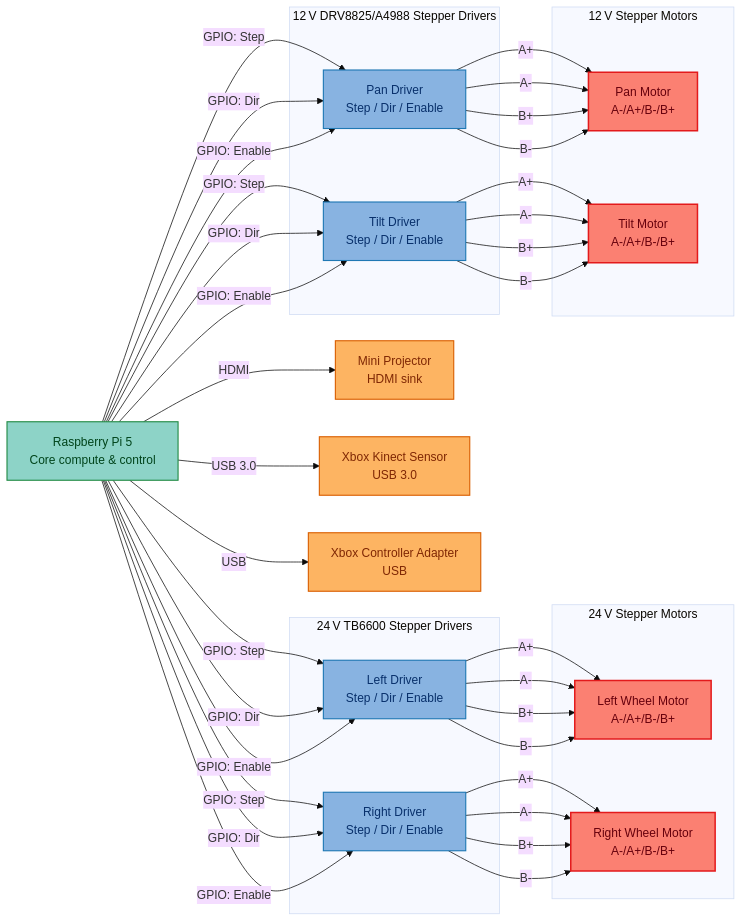
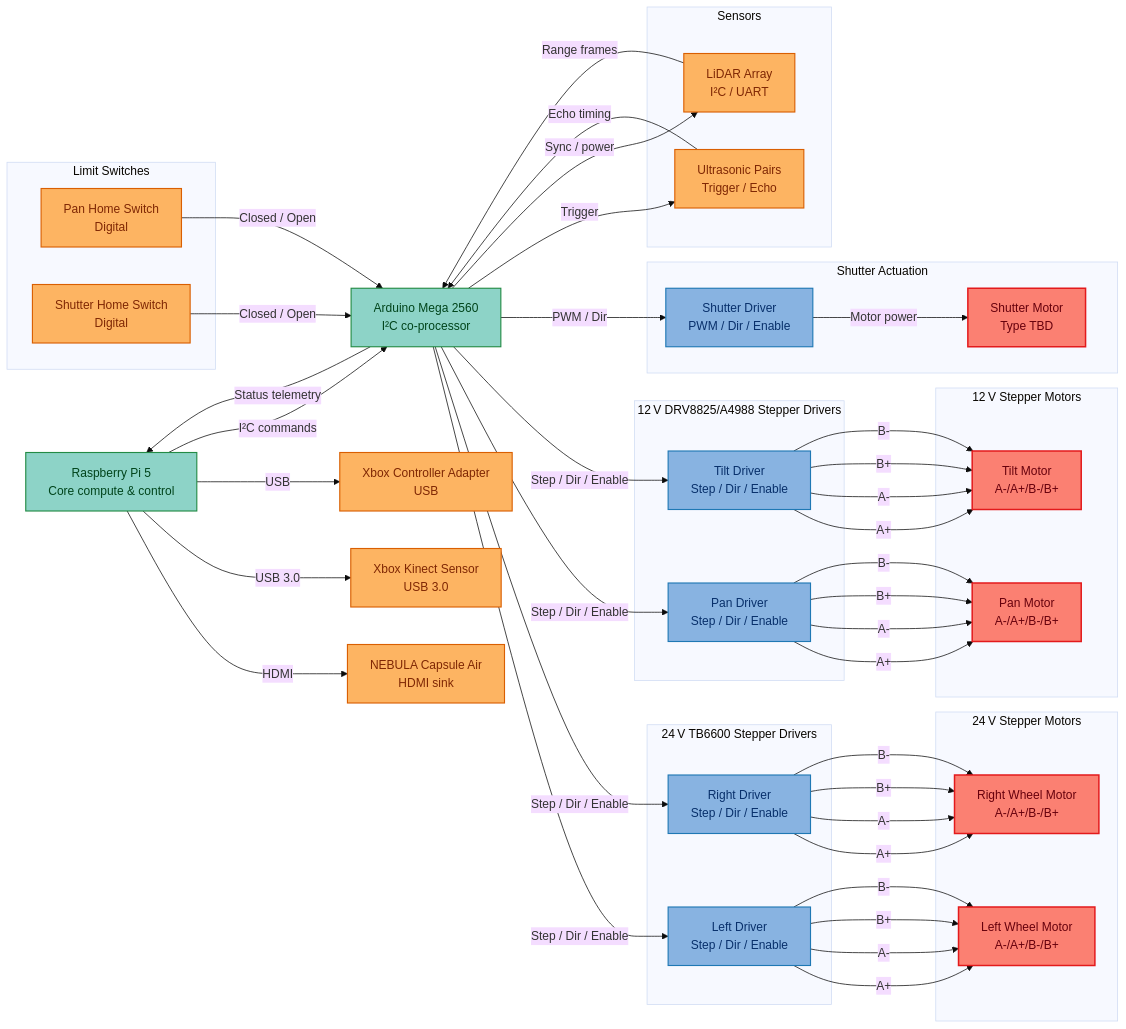
The second of 2 diagrams in readme.md (Mutilar/Marp), drawn with Mermaid (base theme) before and after one commit. The commit also changed other lines of this file and 2 other files, not shown here.

Commit message:
Up to date

````diff
--- a/readme.md
+++ b/readme.md
@@ -95,9 +98,10 @@
 ```mermaid
 graph LR
     Pi["Raspberry Pi 5\nCore compute & control"]
-    Projector["Mini Projector\nHDMI sink"]
+    Projector["NEBULA Capsule Air\nHDMI sink"]
     Kinect["Xbox Kinect Sensor\nUSB 3.0"]
     Controller["Xbox Controller Adapter\nUSB"]
+    Arduino["Arduino Mega 2560\nI²C co-processor"]
 
     subgraph StepperDrivers24["24 V TB6600 Stepper Drivers"]
         StepperL["Left Driver\nStep / Dir / Enable"]
@@ -119,21 +123,37 @@
         MotorTilt["Tilt Motor\nA-/A+/B-/B+"]
     end
 
+    subgraph SensorCluster["Sensors"]
+        UltrasonicArray["Ultrasonic Pairs\nTrigger / Echo"]
+        LiDARArray["LiDAR Array\nI²C / UART"]
+    end
+
+    subgraph LimitSwitches["Limit Switches"]
+        PanLimit["Pan Home Switch\nDigital"]
+        ShutterLimit["Shutter Home Switch\nDigital"]
+    end
+
+    subgraph ShutterActuation["Shutter Actuation"]
+        ShutterDriver["Shutter Driver\nPWM / Dir / Enable"]
+        ShutterMotor["Shutter Motor\nType TBD"]
+    end
+
     Pi -->|HDMI| Projector
     Pi -->|USB 3.0| Kinect
     Pi -->|USB| Controller
-    Pi -->|GPIO: Step| StepperL
-    Pi -->|GPIO: Dir| StepperL
-    Pi -->|GPIO: Enable| StepperL
-    Pi -->|GPIO: Step| StepperR
-    Pi -->|GPIO: Dir| StepperR
-    Pi -->|GPIO: Enable| StepperR
-    Pi -->|GPIO: Step| StepperPan
-    Pi -->|GPIO: Dir| StepperPan
-    Pi -->|GPIO: Enable| StepperPan
-    Pi -->|GPIO: Step| StepperTilt
-    Pi -->|GPIO: Dir| StepperTilt
-    Pi -->|GPIO: Enable| StepperTilt
+    Pi -->|I²C commands| Arduino
+    Arduino -->|Status telemetry| Pi
+    Arduino -->|Step / Dir / Enable| StepperL
+    Arduino -->|Step / Dir / Enable| StepperR
+    Arduino -->|Step / Dir / Enable| StepperPan
+    Arduino -->|Step / Dir / Enable| StepperTilt
+    Arduino -->|PWM / Dir| ShutterDriver
+    Arduino -->|Trigger| UltrasonicArray
+    UltrasonicArray -->|Echo timing| Arduino
+    LiDARArray -->|Range frames| Arduino
+    Arduino -->|Sync / power| LiDARArray
+    PanLimit -->|Closed / Open| Arduino
+    ShutterLimit -->|Closed / Open| Arduino
 
     StepperL -->|A+| MotorLeft
     StepperL -->|A-| MotorLeft
@@ -151,11 +171,12 @@
     StepperTilt -->|A-| MotorTilt
     StepperTilt -->|B+| MotorTilt
     StepperTilt -->|B-| MotorTilt
+    ShutterDriver -->|Motor power| ShutterMotor
 
-    class Pi compute
-    class Projector,Kinect,Controller peripheral
-    class StepperL,StepperR,StepperPan,StepperTilt driver
-    class MotorLeft,MotorRight,MotorPan,MotorTilt motor
+    class Pi,Arduino compute
+    class Projector,Kinect,Controller,UltrasonicArray,LiDARArray,PanLimit,ShutterLimit peripheral
+    class StepperL,StepperR,StepperPan,StepperTilt,ShutterDriver driver
+    class MotorLeft,MotorRight,MotorPan,MotorTilt,ShutterMotor motor
 
     classDef compute fill:#8dd3c7,stroke:#238b45,color:#00441b,stroke-width:1.5px
     classDef peripheral fill:#fdb462,stroke:#d95f02,color:#7f2704,stroke-width:1.5px
````
